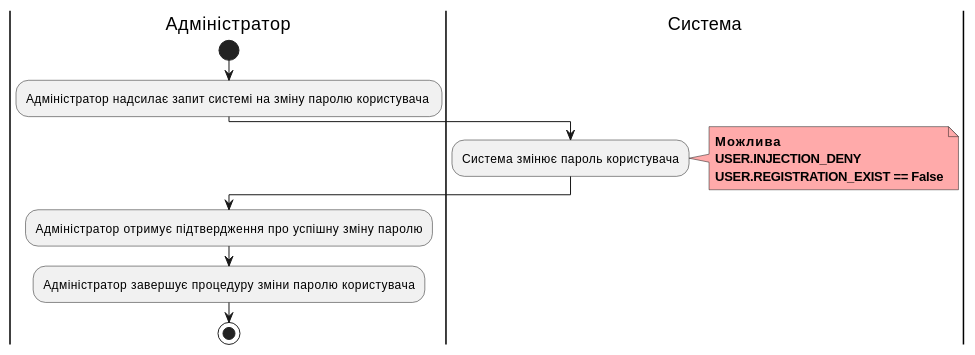
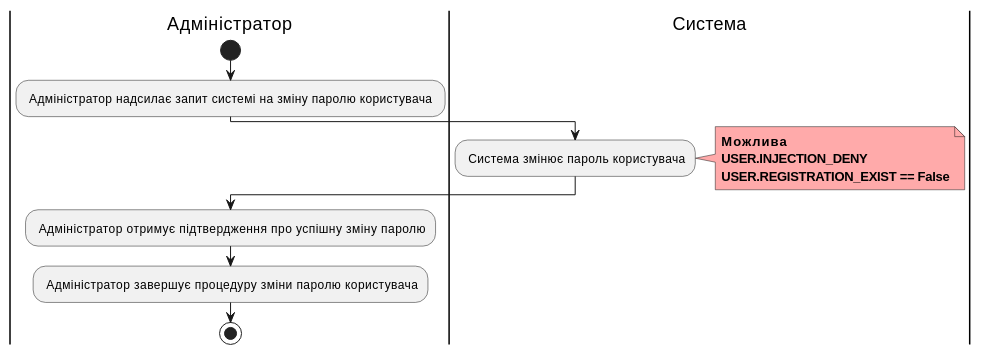
One commit to edu-db/edu_db_labs changed the seventh of 7 diagrams in docs/use cases/README.md. Above: the diagram before and after it, drawn with PlantUML. The commit also changed other lines of this file, not shown here.

```diff
--- a/docs/use cases/README.md
+++ b/docs/use cases/README.md
@@ -236,20 +236,20 @@
 @startuml
 
 |Адміністратор|
 start
-:Адміністратор надсилає запит системі на зміну паролю користувача ;
+: Адміністратор надсилає запит системі на зміну паролю користувача ;
 
 |Система|
-:Система змінює пароль користувача;
+: Система змінює пароль користувача;
 
 note right #ffaaaa
 <b>Можлива</b>
 <b>USER.INJECTION_DENY</b>
 <b>USER.REGISTRATION_EXIST == False</b>
 end note
 |Адміністратор|
-:Адміністратор отримує підтвердження про успішну зміну паролю;
-:Адміністратор завершує процедуру зміни паролю користувача;
+: Адміністратор отримує підтвердження про успішну зміну паролю;
+: Адміністратор завершує процедуру зміни паролю користувача;
     stop;
 
 @enduml
```
